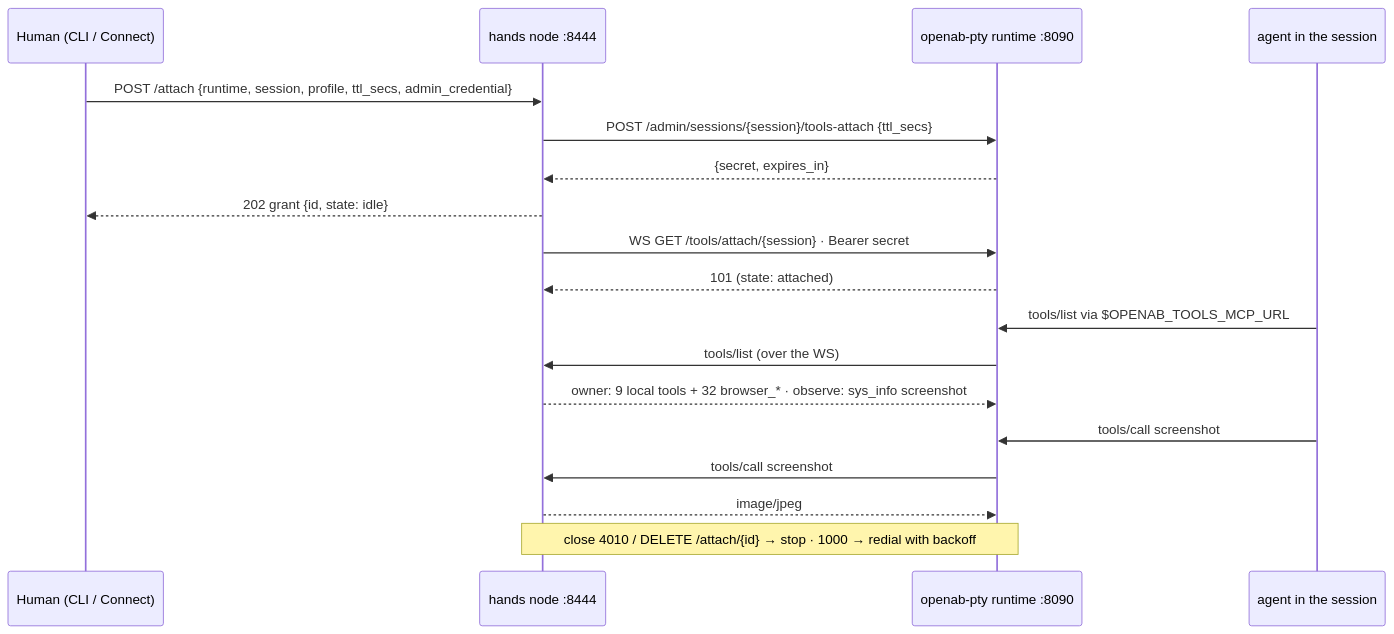
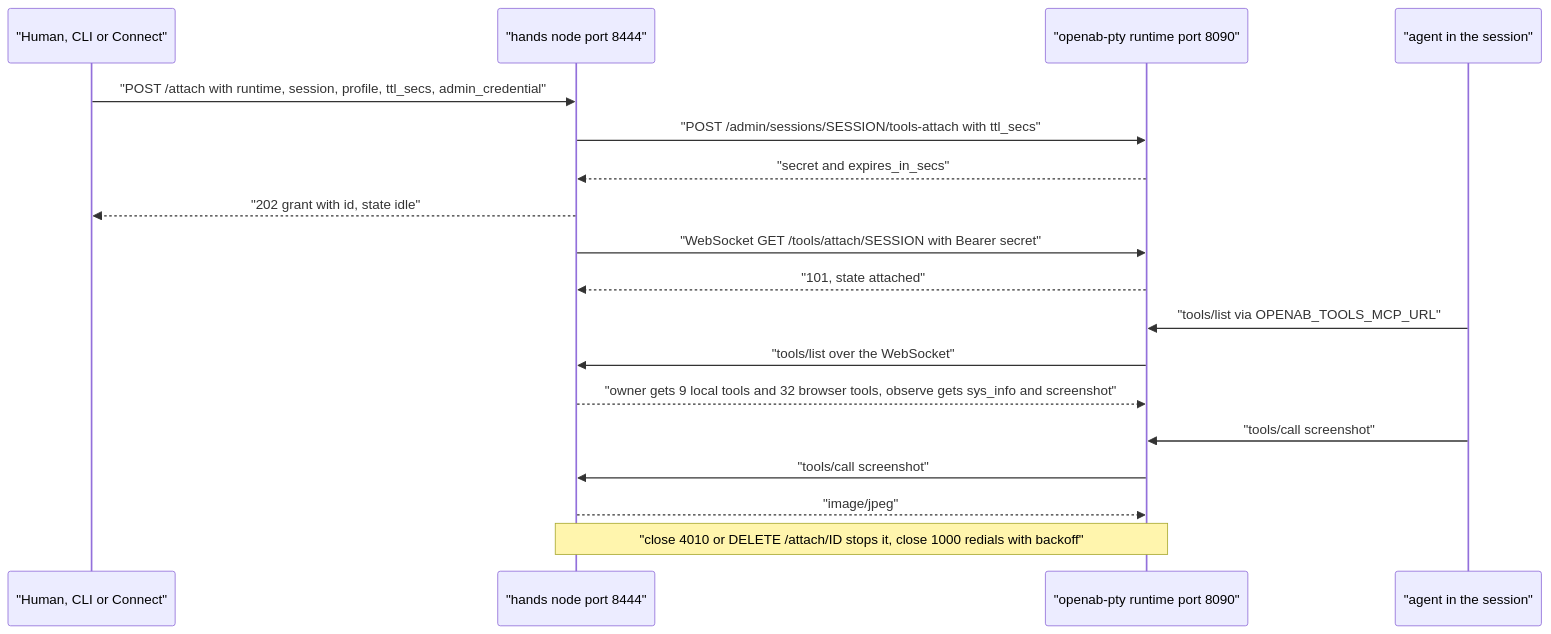
The second of 2 diagrams in docs/linux-setup.md (openabdev/openab-computer), drawn with Mermaid before and after one commit. The commit also changed other lines of this file and 8 other files, not shown here.

````diff
--- a/docs/linux-setup.md
+++ b/docs/linux-setup.md
@@ -268,20 +272,20 @@
 ```mermaid
 sequenceDiagram
-    participant H as Human (CLI / Connect)
-    participant N as hands node :8444
-    participant R as openab-pty runtime :8090
-    participant A as agent in the session
-    H->>N: POST /attach {runtime, session, profile, ttl_secs, admin_credential}
-    N->>R: POST /admin/sessions/{session}/tools-attach {ttl_secs}
-    R-->>N: {secret, expires_in}
-    N-->>H: 202 grant {id, state: idle}
-    N->>R: WS GET /tools/attach/{session} · Bearer secret
-    R-->>N: 101 (state: attached)
-    A->>R: tools/list via $OPENAB_TOOLS_MCP_URL
-    R->>N: tools/list (over the WS)
-    N-->>R: owner: 9 local tools + 32 browser_* · observe: sys_info screenshot
-    A->>R: tools/call screenshot
-    R->>N: tools/call screenshot
-    N-->>R: image/jpeg
-    Note over N,R: close 4010 / DELETE /attach/{id} → stop · 1000 → redial with backoff
+    participant H as "Human, CLI or Connect"
+    participant N as "hands node port 8444"
+    participant R as "openab-pty runtime port 8090"
+    participant A as "agent in the session"
+    H->>N: "POST /attach with runtime, session, profile, ttl_secs, admin_credential"
+    N->>R: "POST /admin/sessions/SESSION/tools-attach with ttl_secs"
+    R-->>N: "secret and expires_in_secs"
+    N-->>H: "202 grant with id, state idle"
+    N->>R: "WebSocket GET /tools/attach/SESSION with Bearer secret"
+    R-->>N: "101, state attached"
+    A->>R: "tools/list via OPENAB_TOOLS_MCP_URL"
+    R->>N: "tools/list over the WebSocket"
+    N-->>R: "owner gets 9 local tools and 32 browser tools, observe gets sys_info and screenshot"
+    A->>R: "tools/call screenshot"
+    R->>N: "tools/call screenshot"
+    N-->>R: "image/jpeg"
+    Note over N,R: "close 4010 or DELETE /attach/ID stops it, close 1000 redials with backoff"
 ```
````
